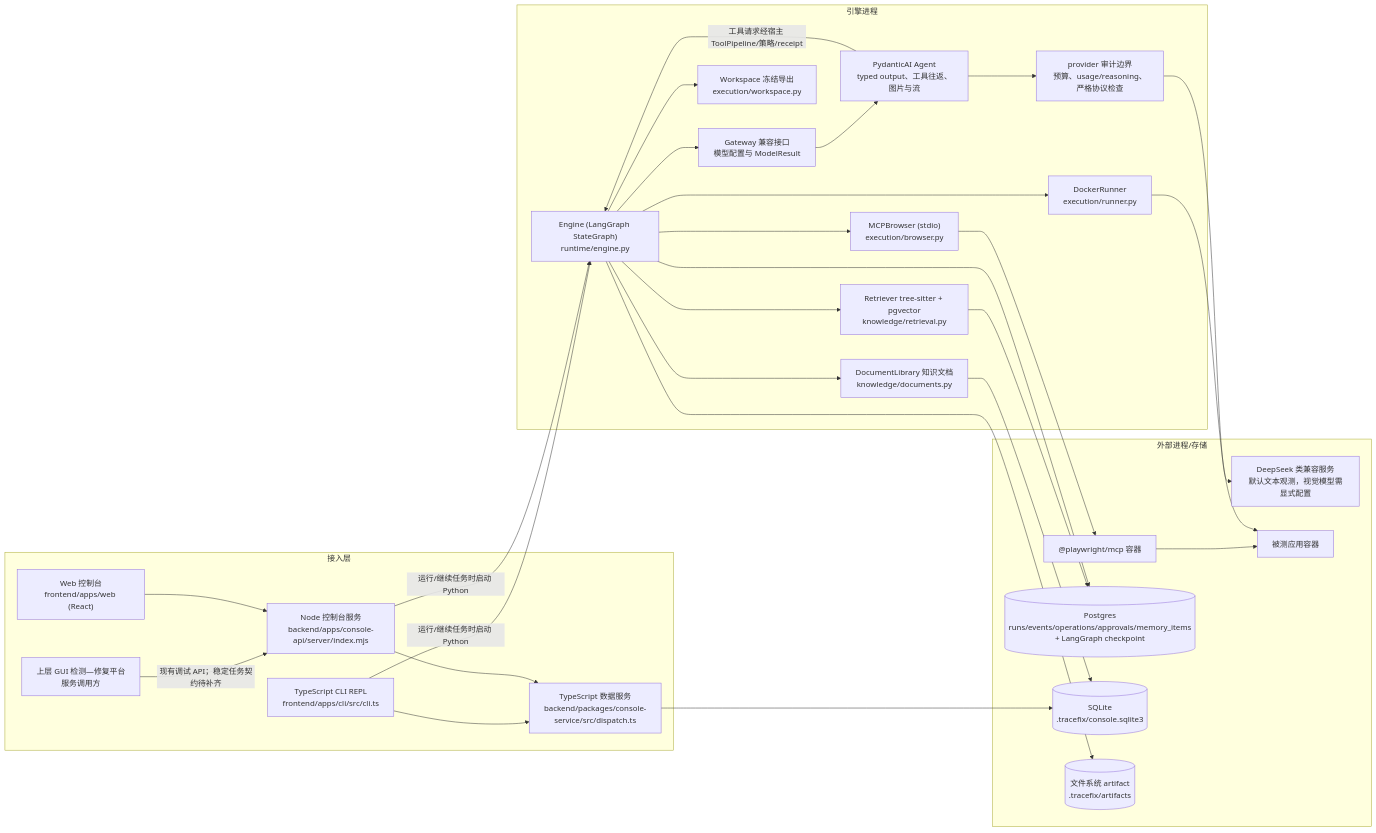
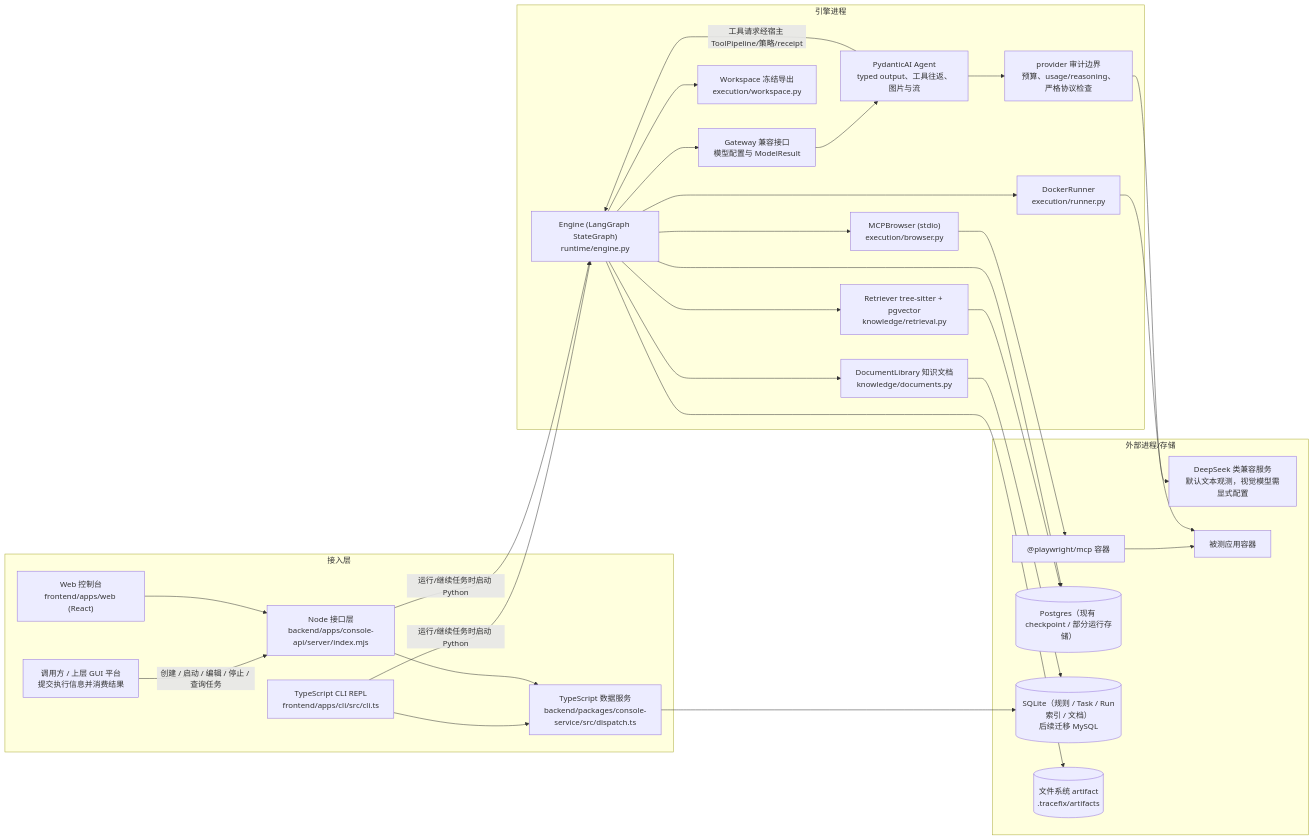
One commit to BUPTtsy/TraceFix-Agent changed the first of 2 diagrams in docs/产品说明手册/01-系统架构/总体架构.md. Above: the diagram before and after it, drawn with Mermaid. The commit also changed other lines of this file and 18 other files, not shown here.

````diff
--- a/docs/产品说明手册/01-系统架构/总体架构.md
+++ b/docs/产品说明手册/01-系统架构/总体架构.md
@@ -18,43 +18,43 @@
 ```mermaid
 flowchart LR
   subgraph 接入层
-    PLATFORM["上层 GUI 检测—修复平台<br/>服务调用方"]
+    PLATFORM["调用方 / 上层 GUI 平台<br/>提交执行信息并消费结果"]
     CLI["TypeScript CLI REPL<br/>frontend/apps/cli/src/cli.ts"]
     WEB["Web 控制台<br/>frontend/apps/web (React)"]
-    NODE["Node 控制台服务<br/>backend/apps/console-api/server/index.mjs"]
+    NODE["Node 接口层<br/>backend/apps/console-api/server/index.mjs"]
     DATA["TypeScript 数据服务<br/>backend/packages/console-service/src/dispatch.ts"]
   end
   subgraph 引擎进程
     ENG["Engine (LangGraph StateGraph)<br/>runtime/engine.py"]
     GW["Gateway 兼容接口<br/>模型配置与 ModelResult"]
     AI["PydanticAI Agent<br/>typed output、工具往返、图片与流"]
     PROTO["provider 审计边界<br/>预算、usage/reasoning、严格协议检查"]
     BR["MCPBrowser (stdio)<br/>execution/browser.py"]
     RUN["DockerRunner<br/>execution/runner.py"]
     WS["Workspace 冻结导出<br/>execution/workspace.py"]
     RET["Retriever tree-sitter + pgvector<br/>knowledge/retrieval.py"]
     DOC["DocumentLibrary 知识文档<br/>knowledge/documents.py"]
   end
   subgraph 外部进程/存储
     LLM["DeepSeek 类兼容服务<br/>默认文本观测，视觉模型需显式配置"]
     PW["@playwright/mcp 容器"]
     APP["被测应用容器"]
-    PG[("Postgres<br/>runs/events/operations/approvals/memory_items<br/>+ LangGraph checkpoint")]
-    SQL[("SQLite<br/>.tracefix/console.sqlite3")]
+    PG[("Postgres（现有 checkpoint / 部分运行存储）")]
+    SQL[("SQLite（规则 / Task / Run索引 / 文档）<br/>后续迁移 MySQL")]
     FS[("文件系统 artifact<br/>.tracefix/artifacts")]
   end
-  PLATFORM -- "现有调试 API；稳定任务契约待补齐" --> NODE
+  PLATFORM -- "创建 / 启动 / 编辑 / 停止 / 查询任务" --> NODE
   CLI --> DATA --> SQL
   CLI -- "运行/继续任务时启动 Python" --> ENG
   WEB --> NODE --> DATA
   NODE -- "运行/继续任务时启动 Python" --> ENG
   ENG --> GW --> AI --> PROTO --> LLM
   AI -- "工具请求经宿主 ToolPipeline/策略/receipt" --> ENG
   ENG --> BR --> PW --> APP
   ENG --> RUN --> APP
   ENG --> WS
   ENG --> RET --> PG
   ENG --> DOC --> SQL
   ENG --> PG
   ENG --> FS
 ```
````
